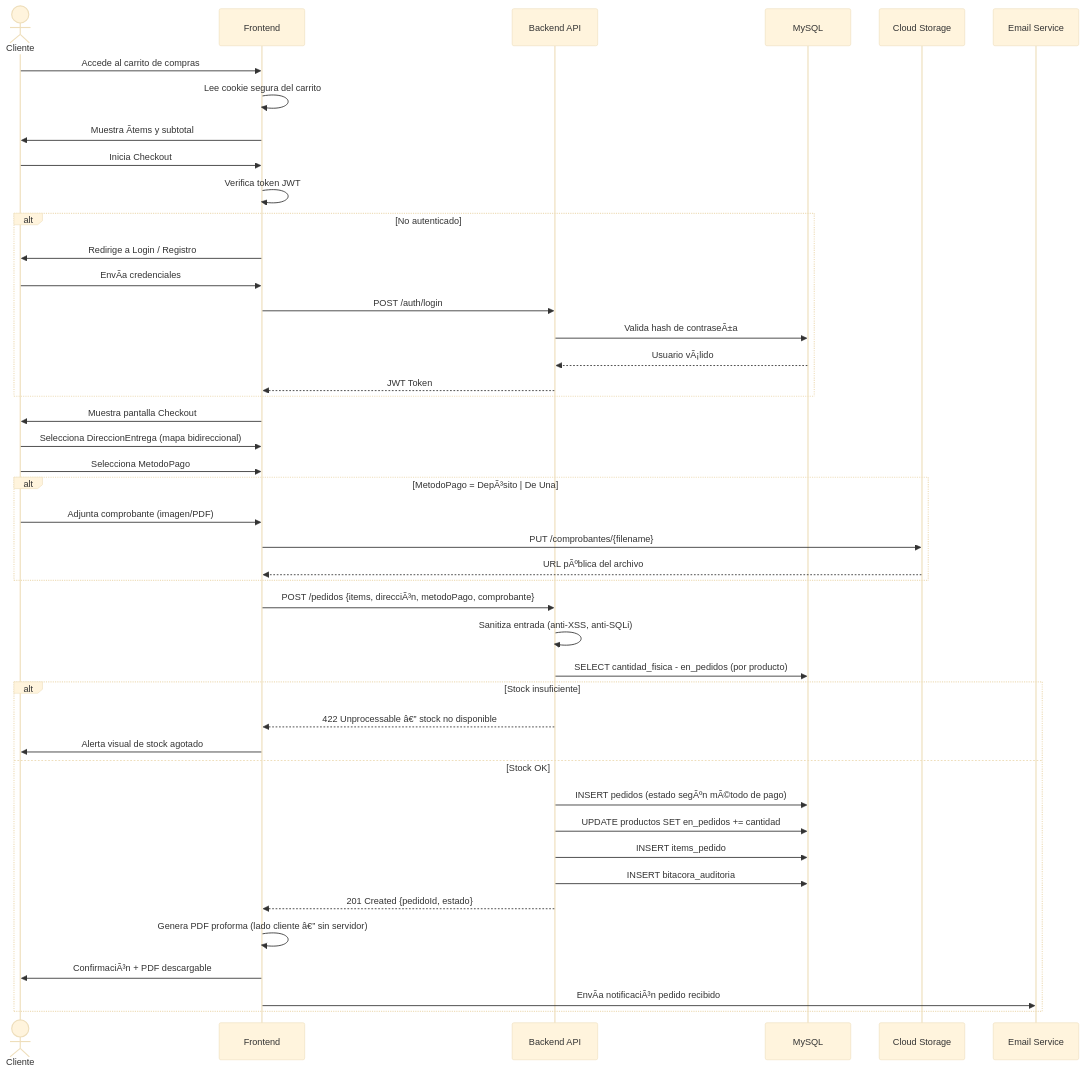
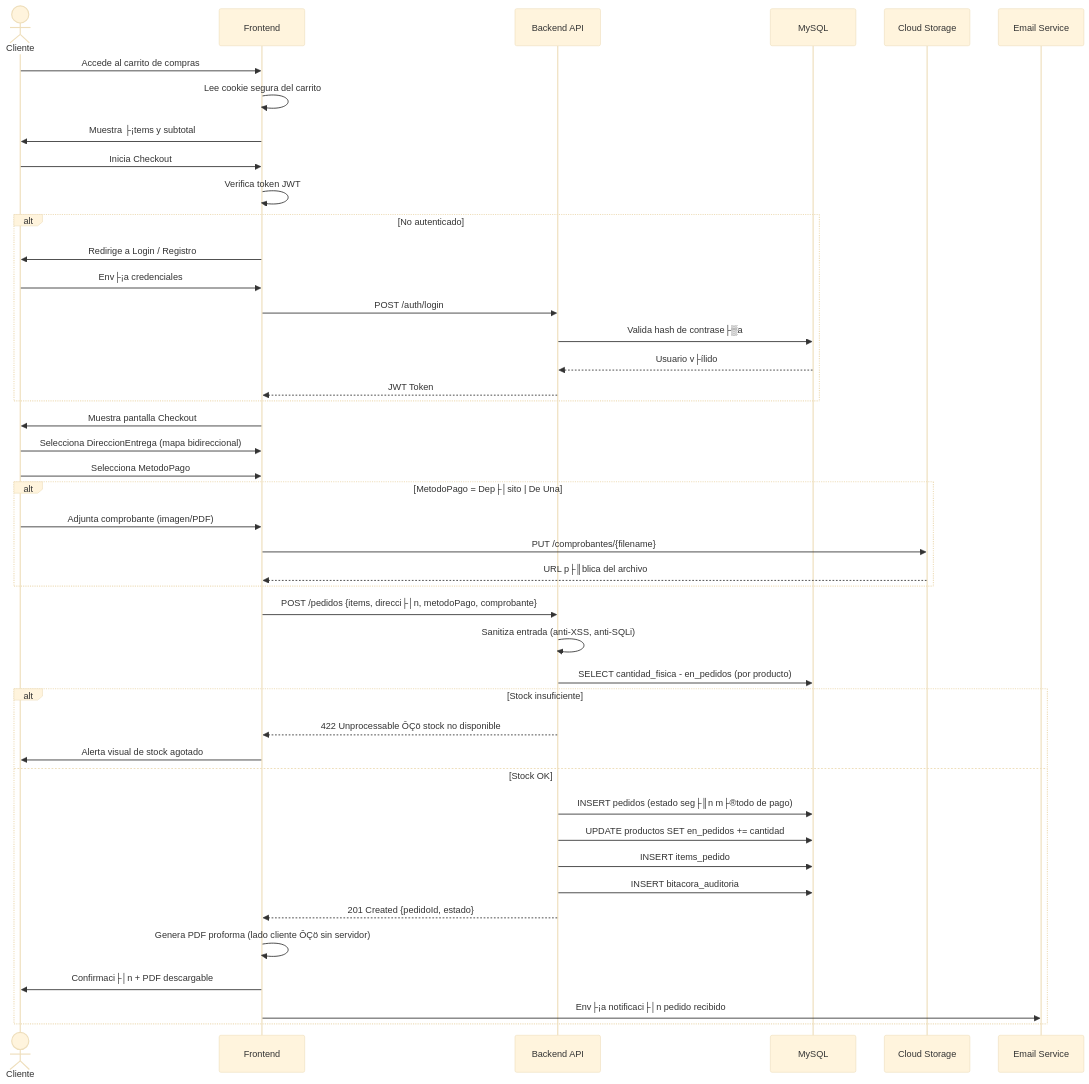
Before and after one commit to UNIPI6TO/PI-ECOMMERCE-FRITOLAY: the third of 23 diagrams in docs/especificacion.md, drawn with Mermaid (base theme). The commit also changed other lines of this file, not shown here.

Commit message:
fix: corregir codificacion UTF-8 del documento y restaurar DFD GCP bajo costo sin caracteres corruptos

````diff
--- a/docs/especificacion.md
+++ b/docs/especificacion.md
@@ -902,52 +902,52 @@
 ```mermaid
 sequenceDiagram
     actor Cliente
     participant FE as Frontend
     participant API as Backend API
     participant DB as MySQL
     participant GCS as Cloud Storage
     participant Email as Email Service
 
     Cliente->>FE: Accede al carrito de compras
     FE->>FE: Lee cookie segura del carrito
-    FE->>Cliente: Muestra Ã­tems y subtotal
+    FE->>Cliente: Muestra ├¡tems y subtotal
 
     Cliente->>FE: Inicia Checkout
     FE->>FE: Verifica token JWT
     alt No autenticado
         FE->>Cliente: Redirige a Login / Registro
-        Cliente->>FE: EnvÃ­a credenciales
+        Cliente->>FE: Env├¡a credenciales
         FE->>API: POST /auth/login
-        API->>DB: Valida hash de contraseÃ±a
-        DB-->>API: Usuario vÃ¡lido
+        API->>DB: Valida hash de contrase├▒a
+        DB-->>API: Usuario v├ílido
         API-->>FE: JWT Token
     end
 
     FE->>Cliente: Muestra pantalla Checkout
     Cliente->>FE: Selecciona DireccionEntrega (mapa bidireccional)
     Cliente->>FE: Selecciona MetodoPago
 
-    alt MetodoPago = DepÃ³sito | De Una
+    alt MetodoPago = Dep├│sito | De Una
         Cliente->>FE: Adjunta comprobante (imagen/PDF)
         FE->>GCS: PUT /comprobantes/{filename}
-        GCS-->>FE: URL pÃºblica del archivo
+        GCS-->>FE: URL p├║blica del archivo
     end
 
-    FE->>API: POST /pedidos {items, direcciÃ³n, metodoPago, comprobante}
+    FE->>API: POST /pedidos {items, direcci├│n, metodoPago, comprobante}
     API->>API: Sanitiza entrada (anti-XSS, anti-SQLi)
     API->>DB: SELECT cantidad_fisica - en_pedidos (por producto)
 
     alt Stock insuficiente
-        API-->>FE: 422 Unprocessable â€” stock no disponible
+        API-->>FE: 422 Unprocessable ÔÇö stock no disponible
         FE->>Cliente: Alerta visual de stock agotado
     else Stock OK
-        API->>DB: INSERT pedidos (estado segÃºn mÃ©todo de pago)
+        API->>DB: INSERT pedidos (estado seg├║n m├®todo de pago)
         API->>DB: UPDATE productos SET en_pedidos += cantidad
         API->>DB: INSERT items_pedido
         API->>DB: INSERT bitacora_auditoria
         API-->>FE: 201 Created {pedidoId, estado}
-        FE->>FE: Genera PDF proforma (lado cliente â€” sin servidor)
-        FE->>Cliente: ConfirmaciÃ³n + PDF descargable
-        FE->>Email: EnvÃ­a notificaciÃ³n pedido recibido
+        FE->>FE: Genera PDF proforma (lado cliente ÔÇö sin servidor)
+        FE->>Cliente: Confirmaci├│n + PDF descargable
+        FE->>Email: Env├¡a notificaci├│n pedido recibido
     end
 ```
````
